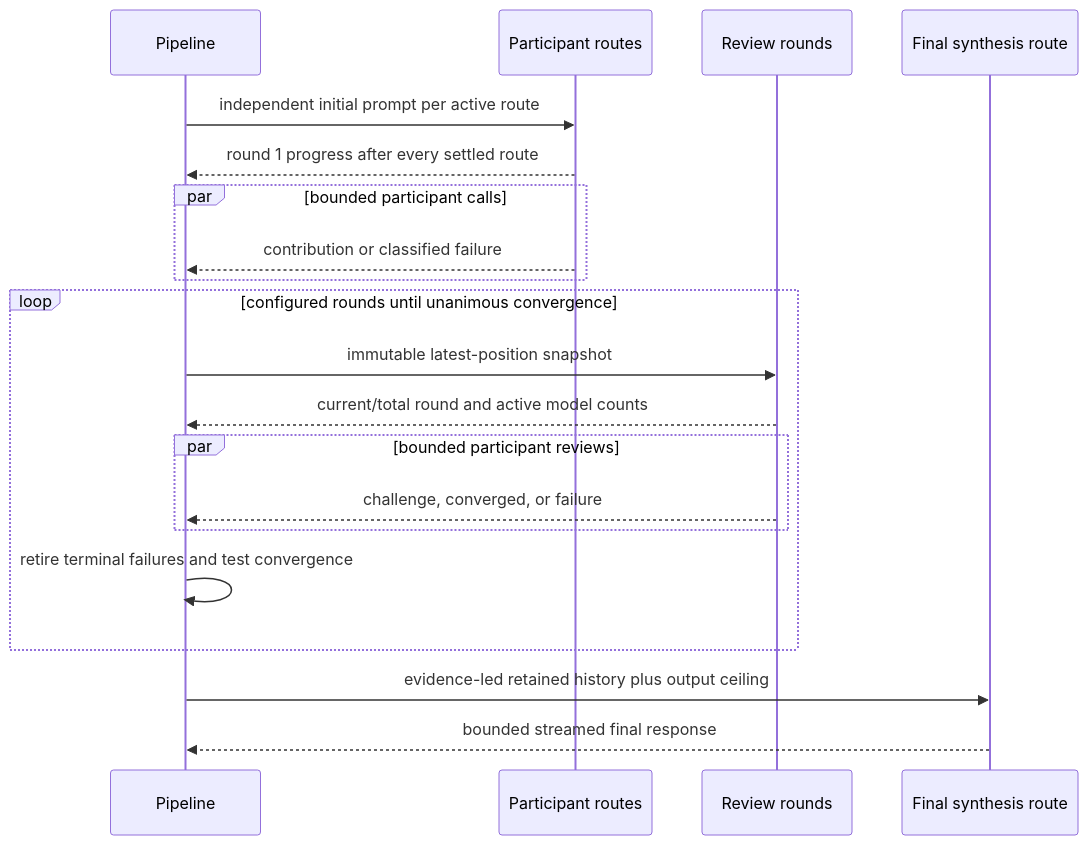
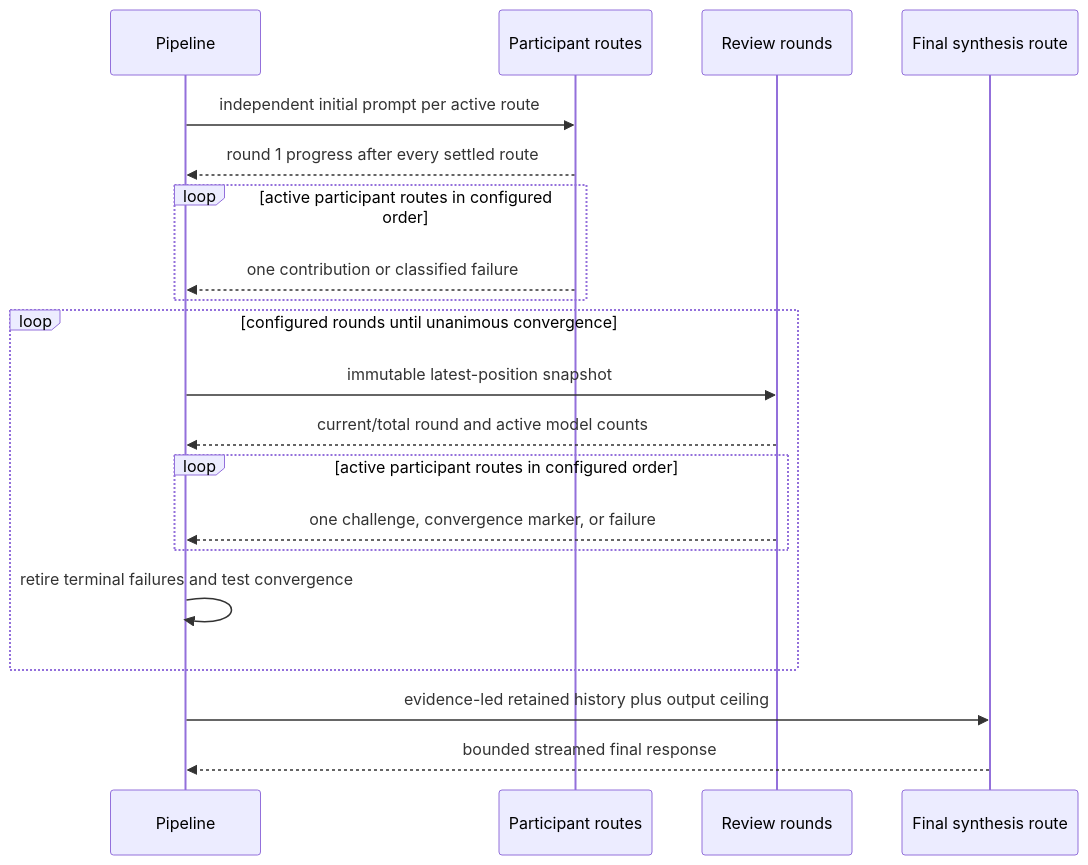
The third of 3 diagrams in src/services/voicePipeline/DESIGN.md (hurrtz/mrbroccoli), drawn with Mermaid before and after one commit. The commit also changed other lines of this file and 66 other files, not shown here.

````diff
--- a/src/services/voicePipeline/DESIGN.md
+++ b/src/services/voicePipeline/DESIGN.md
@@ -93,23 +93,23 @@
 ```mermaid
 sequenceDiagram
     participant P as Pipeline
     participant A as Participant routes
     participant R as Review rounds
     participant S as Final synthesis route
 
     P->>A: independent initial prompt per active route
     A-->>P: round 1 progress after every settled route
-    par bounded participant calls
-      A-->>P: contribution or classified failure
+    loop active participant routes in configured order
+      A-->>P: one contribution or classified failure
     end
     loop configured rounds until unanimous convergence
       P->>R: immutable latest-position snapshot
       R-->>P: current/total round and active model counts
-      par bounded participant reviews
-        R-->>P: challenge, converged, or failure
+      loop active participant routes in configured order
+        R-->>P: one challenge, convergence marker, or failure
       end
       P->>P: retire terminal failures and test convergence
     end
     P->>S: evidence-led retained history plus output ceiling
     S-->>P: bounded streamed final response
 ```
````
